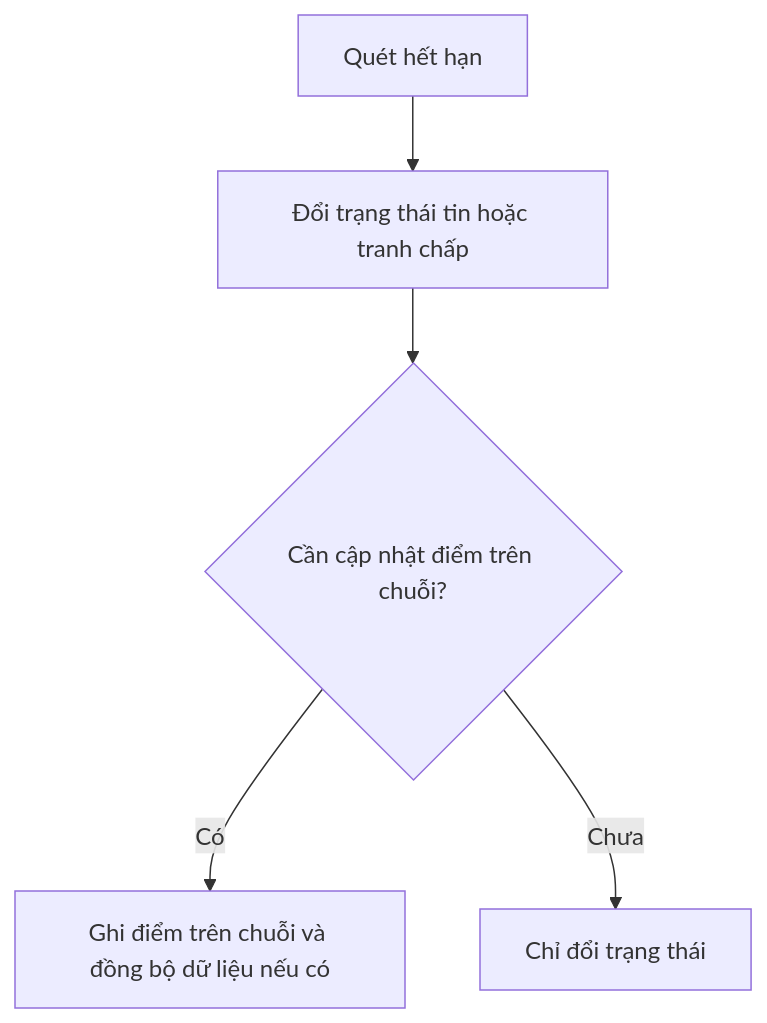
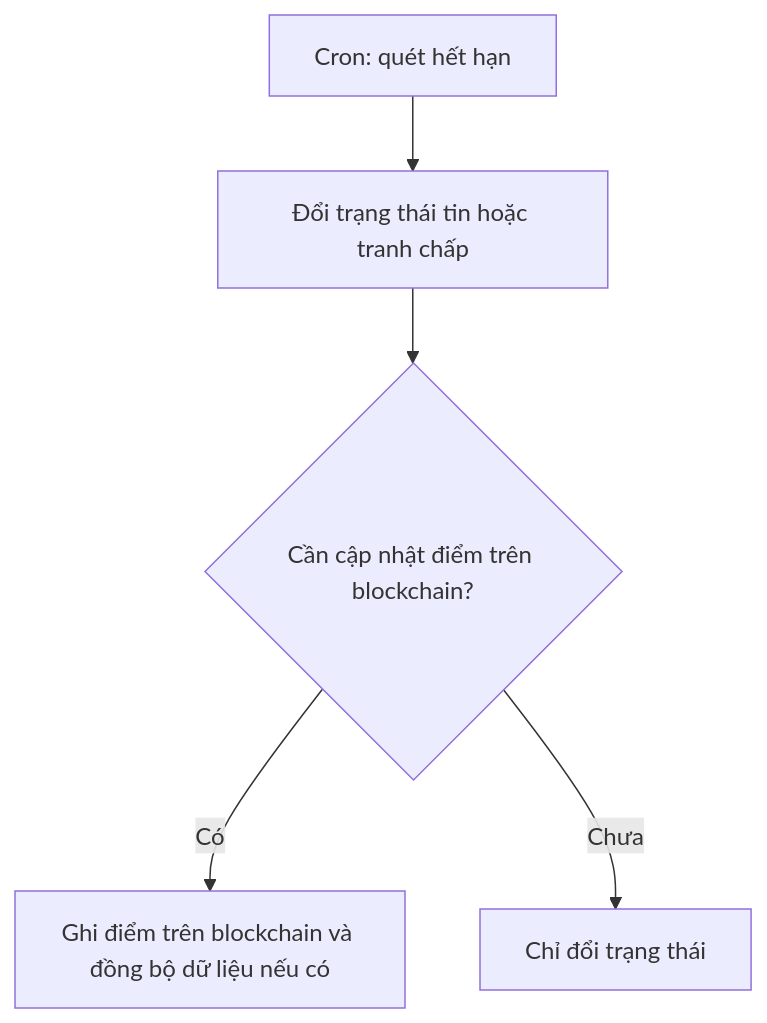
One commit to dmt041104111003/docs-nckh changed the fourth of 4 diagrams in system.md. Above: the diagram before and after it, drawn with Mermaid. The commit also changed other lines of this file and 9 other files, not shown here.

````diff
--- a/system.md
+++ b/system.md
@@ -77,7 +92,7 @@
 ```mermaid
 flowchart TD
-  M[Quét hết hạn] --> S[Đổi trạng thái tin hoặc tranh chấp]
-  S --> R{Cần cập nhật điểm trên chuỗi?}
-  R -->|Có| U[Ghi điểm trên chuỗi và đồng bộ dữ liệu nếu có]
+  M[Cron: quét hết hạn] --> S[Đổi trạng thái tin hoặc tranh chấp]
+  S --> R{Cần cập nhật điểm trên blockchain?}
+  R -->|Có| U[Ghi điểm trên blockchain và đồng bộ dữ liệu nếu có]
   R -->|Chưa| N[Chỉ đổi trạng thái]
 ```
````
